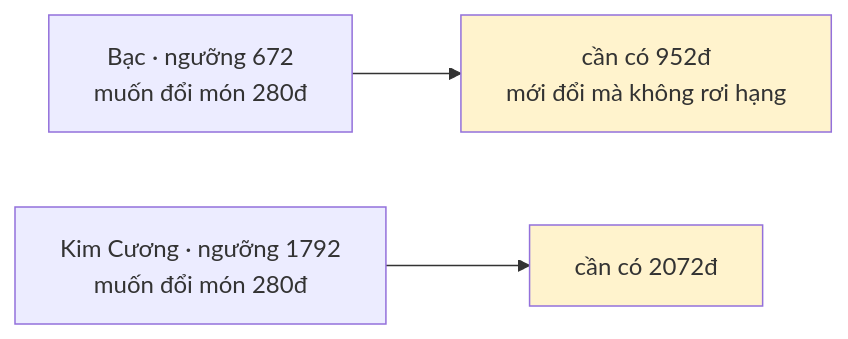
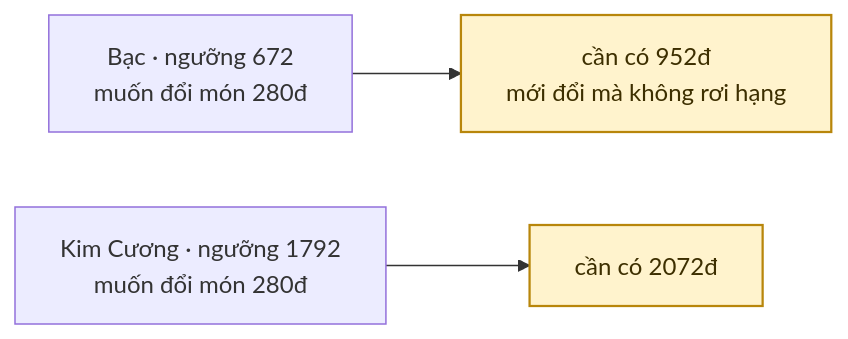
Before and after one commit to fdshn/trueheart: the fifth of 7 diagrams in docs/diagram/12-rank.md, drawn with Mermaid. The commit also changed other lines of this file and 30 other files, not shown here.

First line of the commit message:
docs(diagram): chữ trong khối tô màu đọc được ở cả giao diện sáng và tối

````diff
--- a/docs/diagram/12-rank.md
+++ b/docs/diagram/12-rank.md
@@ -109,8 +109,8 @@
 ```mermaid
 flowchart LR
     A["Bạc · ngưỡng 672<br/>muốn đổi món 280đ"] --> B["cần có 952đ<br/>mới đổi mà không rơi hạng"]
     C["Kim Cương · ngưỡng 1792<br/>muốn đổi món 280đ"] --> D["cần có 2072đ"]
 
-    style B fill:#fff3cd
-    style D fill:#fff3cd
+    style B fill:#fff3cd,stroke:#b8860b,stroke-width:1.5px,color:#3d2f00
+    style D fill:#fff3cd,stroke:#b8860b,stroke-width:1.5px,color:#3d2f00
 ```
````
